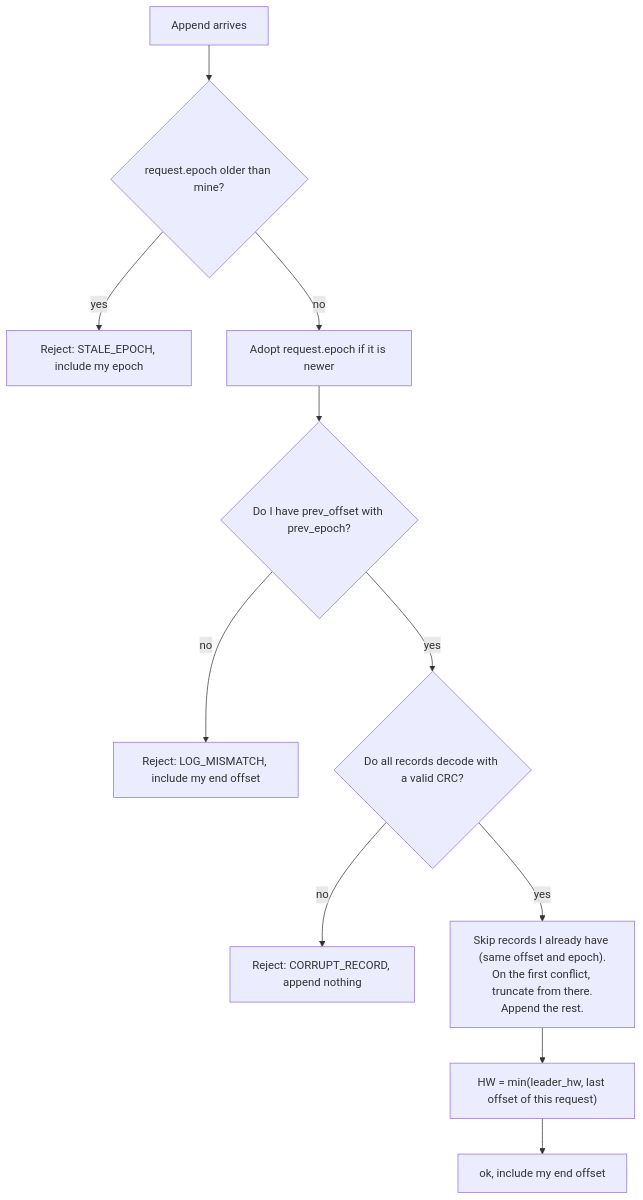
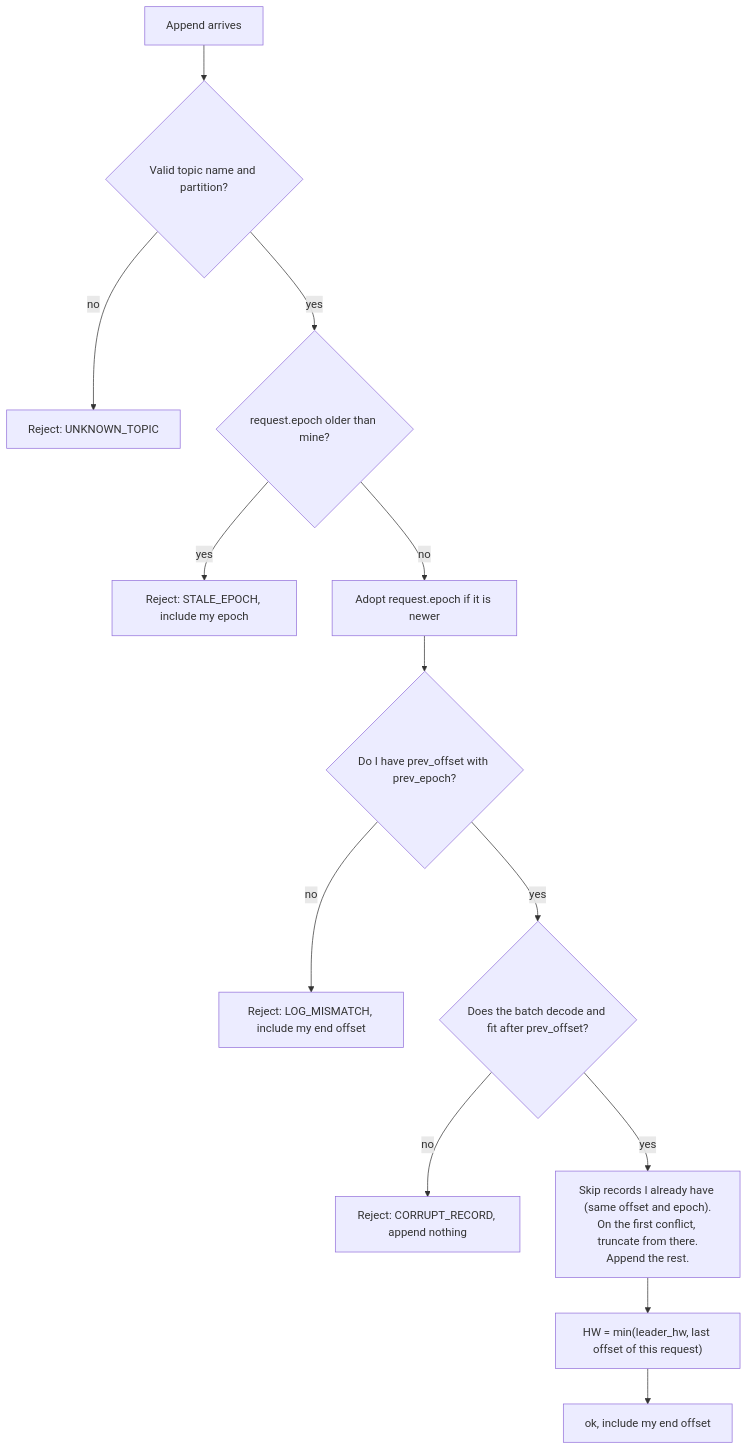
One commit to paulisuden/K0sStreams changed the third of 3 diagrams in docs/replication.md. Above: the diagram before and after it, drawn with Mermaid. The commit also changed other lines of this file and 24 other files, not shown here.

````diff
--- a/docs/replication.md
+++ b/docs/replication.md
@@ -175,13 +175,15 @@
 ```mermaid
 flowchart TD
-    A["Append arrives"] --> B{"request.epoch older than mine?"}
+    A["Append arrives"] --> V{"Valid topic name and partition?"}
+    V -- no --> R0["Reject: UNKNOWN_TOPIC"]
+    V -- yes --> B{"request.epoch older than mine?"}
     B -- yes --> R1["Reject: STALE_EPOCH, include my epoch"]
     B -- no --> C["Adopt request.epoch if it is newer"]
     C --> D{"Do I have prev_offset with prev_epoch?"}
     D -- no --> R2["Reject: LOG_MISMATCH, include my end offset"]
-    D -- yes --> E{"Do all records decode with a valid CRC?"}
+    D -- yes --> E{"Does the batch decode and fit after prev_offset?"}
     E -- no --> R3["Reject: CORRUPT_RECORD, append nothing"]
     E -- yes --> F["Skip records I already have (same offset and epoch).<br/>On the first conflict, truncate from there.<br/>Append the rest."]
     F --> G["HW = min(leader_hw, last offset of this request)"]
     G --> OK["ok, include my end offset"]
 ```
````
